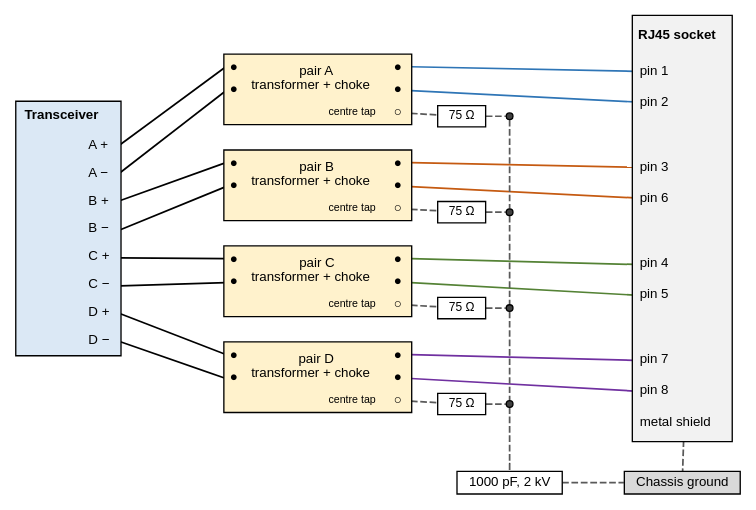
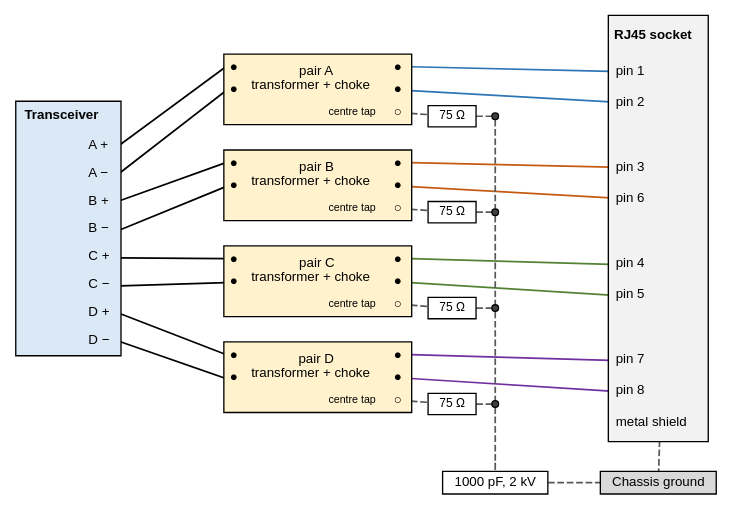
One commit to mithro/evampire changed the diagram in docs/ethernet/magnetics/four-pairs.dot. Above: the diagram before and after it, drawn with Graphviz. The commit also changed 5 other files, not shown here.

Commit message:
Redraw magnetics diagrams to fit the page width; add capacitor-coupled front end

```diff
--- a/docs/ethernet/magnetics/four-pairs.dot
+++ b/docs/ethernet/magnetics/four-pairs.dot
@@ -1,119 +1,119 @@
 // All four pairs of one port: transceiver, magnetics, RJ45 socket and the
 // shared common-mode termination on the cable side.
 //
 // Node positions are fixed (in inches) so that the drawing reads like a
 // schematic.
 //
 // SPDX-License-Identifier: Apache-2.0
 
 graph four_pairs {
     graph [layout=neato, splines=line, fontname="Helvetica", fontsize=11,
            outputorder=edgesfirst];
     node  [fontname="Helvetica", fontsize=10, shape=plain, pin=true];
     edge  [penwidth=1.3];
 
     phy [pos="0,0!", label=<
       <table border="1" cellborder="0" cellspacing="0" cellpadding="5"
              bgcolor="#dbe8f5">
         <tr><td><b>Transceiver</b></td></tr>
         <tr><td port="ap" align="right">A +</td></tr>
         <tr><td port="an" align="right">A −</td></tr>
         <tr><td port="bp" align="right">B +</td></tr>
         <tr><td port="bn" align="right">B −</td></tr>
         <tr><td port="cp" align="right">C +</td></tr>
         <tr><td port="cn" align="right">C −</td></tr>
         <tr><td port="dp" align="right">D +</td></tr>
         <tr><td port="dn" align="right">D −</td></tr>
       </table>>];
 
     // One transformer and one common-mode choke per pair. The port on the
     // bottom row is the cable-side centre tap.
     ma [pos="2.6,1.45!", label=<
       <table border="1" cellborder="0" cellspacing="0" cellpadding="3" bgcolor="#fff2cc">
         <tr><td port="ip">●</td><td rowspan="2">pair A<br/>transformer + choke</td><td port="op">●</td></tr>
         <tr><td port="in">●</td><td port="on">●</td></tr>
         <tr><td></td><td align="right"><font point-size="8">centre tap</font></td><td port="ct">○</td></tr>
       </table>>];
     mb [pos="2.6,0.45!", label=<
       <table border="1" cellborder="0" cellspacing="0" cellpadding="3" bgcolor="#fff2cc">
         <tr><td port="ip">●</td><td rowspan="2">pair B<br/>transformer + choke</td><td port="op">●</td></tr>
         <tr><td port="in">●</td><td port="on">●</td></tr>
         <tr><td></td><td align="right"><font point-size="8">centre tap</font></td><td port="ct">○</td></tr>
       </table>>];
     mc [pos="2.6,-0.55!", label=<
       <table border="1" cellborder="0" cellspacing="0" cellpadding="3" bgcolor="#fff2cc">
         <tr><td port="ip">●</td><td rowspan="2">pair C<br/>transformer + choke</td><td port="op">●</td></tr>
         <tr><td port="in">●</td><td port="on">●</td></tr>
         <tr><td></td><td align="right"><font point-size="8">centre tap</font></td><td port="ct">○</td></tr>
       </table>>];
     md [pos="2.6,-1.55!", label=<
       <table border="1" cellborder="0" cellspacing="0" cellpadding="3" bgcolor="#fff2cc">
         <tr><td port="ip">●</td><td rowspan="2">pair D<br/>transformer + choke</td><td port="op">●</td></tr>
         <tr><td port="in">●</td><td port="on">●</td></tr>
         <tr><td></td><td align="right"><font point-size="8">centre tap</font></td><td port="ct">○</td></tr>
       </table>>];
 
     // Pins are listed pair by pair, not in physical order: pair B uses
     // pins 3 and 6, which sit on either side of pins 4 and 5.
-    rj45 [pos="6.4,0.0!", label=<
+    rj45 [pos="6.15,0.0!", label=<
       <table border="1" cellborder="0" cellspacing="0" cellpadding="0"
              bgcolor="#f2f2f2">
         <tr><td height="30"><b>&nbsp;RJ45 socket&nbsp;</b></td></tr>
         <tr><td port="p1" align="left" height="23" cellpadding="4">pin 1</td></tr>
         <tr><td port="p2" align="left" height="23" cellpadding="4">pin 2</td></tr>
         <tr><td height="26"></td></tr>
         <tr><td port="p3" align="left" height="23" cellpadding="4">pin 3</td></tr>
         <tr><td port="p6" align="left" height="23" cellpadding="4">pin 6</td></tr>
         <tr><td height="26"></td></tr>
         <tr><td port="p4" align="left" height="23" cellpadding="4">pin 4</td></tr>
         <tr><td port="p5" align="left" height="23" cellpadding="4">pin 5</td></tr>
         <tr><td height="26"></td></tr>
         <tr><td port="p7" align="left" height="23" cellpadding="4">pin 7</td></tr>
         <tr><td port="p8" align="left" height="23" cellpadding="4">pin 8</td></tr>
         <tr><td port="sh" align="left" height="26" cellpadding="4">metal shield</td></tr>
       </table>>];
 
     // Common-mode termination: one 75 ohm resistor per pair, all joined at
     // one node, then one high-voltage capacitor to chassis ground.
     node [shape=box, style="filled", fillcolor="#ffffff", fontsize=9,
           width=0.5, height=0.22, margin="0.03,0.01", fixedsize=true];
-    ra [pos="4.1,1.17!", label="75 Ω"];
-    rb [pos="4.1,0.17!", label="75 Ω"];
-    rc [pos="4.1,-0.83!", label="75 Ω"];
-    rd [pos="4.1,-1.83!", label="75 Ω"];
+    ra [pos="4.0,1.17!", label="75 Ω"];
+    rb [pos="4.0,0.17!", label="75 Ω"];
+    rc [pos="4.0,-0.83!", label="75 Ω"];
+    rd [pos="4.0,-1.83!", label="75 Ω"];
 
     node [shape=point, width=0.07, style=filled, fillcolor="#404040",
           fixedsize=false];
-    ja [pos="4.6,1.17!"];
-    jb [pos="4.6,0.17!"];
-    jc [pos="4.6,-0.83!"];
-    jd [pos="4.6,-1.83!"];
-    jcap [pos="4.6,-2.45!", shape=none, width=0, height=0, label=""];
+    ja [pos="4.45,1.17!"];
+    jb [pos="4.45,0.17!"];
+    jc [pos="4.45,-0.83!"];
+    jd [pos="4.45,-1.83!"];
+    jcap [pos="4.45,-2.45!", shape=none, width=0, height=0, label=""];
 
     node [shape=box, style="filled", fixedsize=false, fontsize=10,
           margin="0.08,0.04"];
-    chv [pos="4.6,-2.65!", label="1000 pF, 2 kV", fillcolor="#ffffff"];
-    chassis [pos="6.4,-2.65!", label="Chassis ground", fillcolor="#d9d9d9"];
+    chv [pos="4.45,-2.65!", label="1000 pF, 2 kV", fillcolor="#ffffff"];
+    chassis [pos="6.15,-2.65!", label="Chassis ground", fillcolor="#d9d9d9"];
 
     // Pairs, transceiver side.
     phy:ap -- ma:ip; phy:an -- ma:in;
     phy:bp -- mb:ip; phy:bn -- mb:in;
     phy:cp -- mc:ip; phy:cn -- mc:in;
     phy:dp -- md:ip; phy:dn -- md:in;
 
     // Pairs, cable side.
     ma:op -- rj45:p1 [color="#2e75b6"]; ma:on -- rj45:p2 [color="#2e75b6"];
     mb:op -- rj45:p3 [color="#c55a11"]; mb:on -- rj45:p6 [color="#c55a11"];
     mc:op -- rj45:p4 [color="#548235"]; mc:on -- rj45:p5 [color="#548235"];
     md:op -- rj45:p7 [color="#7030a0"]; md:on -- rj45:p8 [color="#7030a0"];
 
     // Common-mode termination.
     edge [color="#595959", style=dashed];
     ma:ct -- ra; ra -- ja;
     mb:ct -- rb; rb -- jb;
     mc:ct -- rc; rc -- jc;
     md:ct -- rd; rd -- jd;
     ja -- jb -- jc -- jd -- chv;
     chv -- chassis;
     rj45:sh -- chassis;
 }
```
